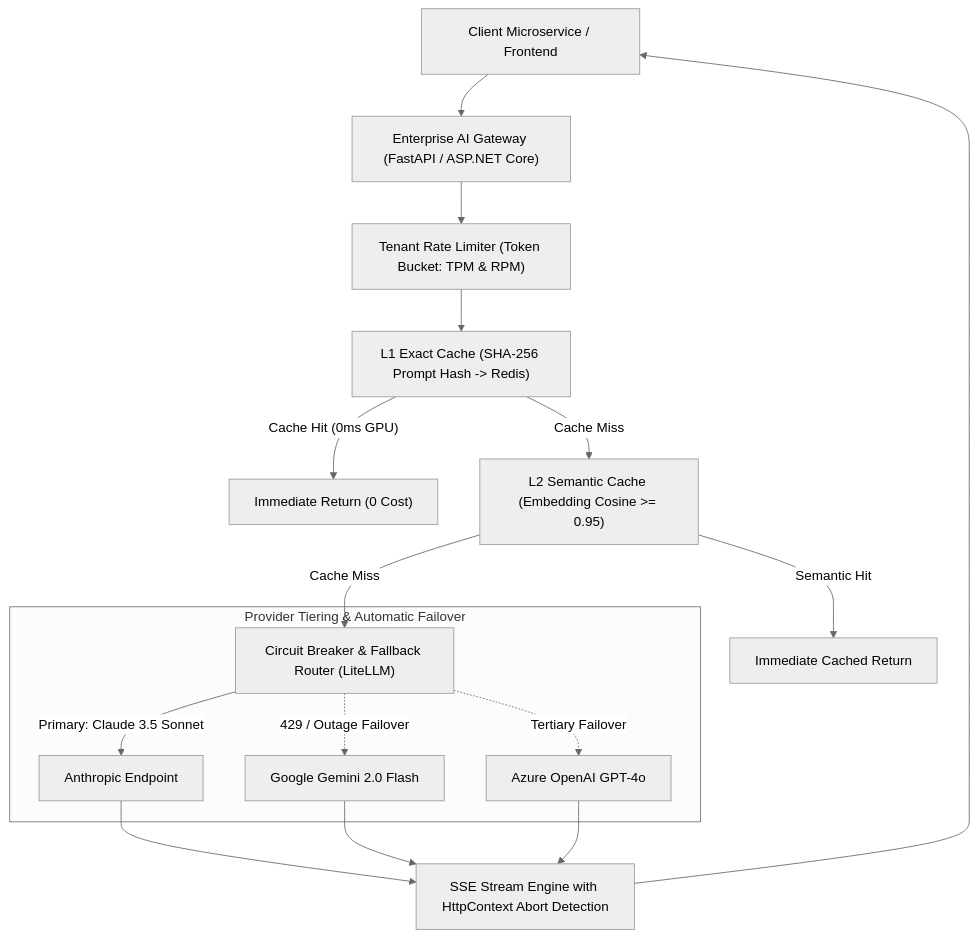
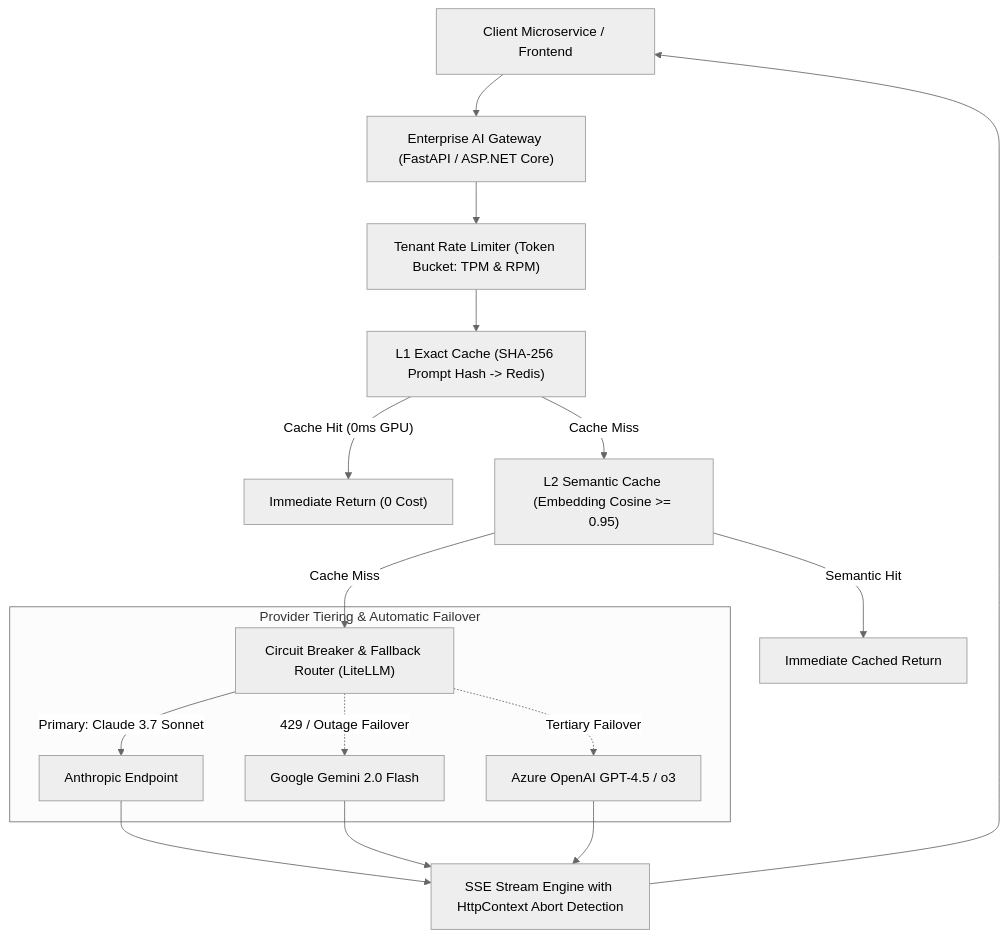
The third of 7 diagrams in interview/80-20-ai-interview-prep-sheet.md (dip4k/senior-engineer-to-ai-engineer-roadmap), drawn with Mermaid (neutral theme) before and after one commit. The commit also changed other lines of this file and 39 other files, not shown here.

First line of the commit message:
Enhance use case documentation for Enterprise AI, including new architectural standards and resilience implementations

````diff
--- a/interview/80-20-ai-interview-prep-sheet.md
+++ b/interview/80-20-ai-interview-prep-sheet.md
@@ -116,22 +116,22 @@
 ```mermaid
 flowchart TD
     Client["Client Microservice / Frontend"] --> APIGW["Enterprise AI Gateway (FastAPI / ASP.NET Core)"]
     
     APIGW --> TenantLimiter["Tenant Rate Limiter (Token Bucket: TPM & RPM)"]
     TenantLimiter --> L1Exact["L1 Exact Cache (SHA-256 Prompt Hash -> Redis)"]
     
     L1Exact -->|"Cache Hit (0ms GPU)"| InstantReturn["Immediate Return (0 Cost)"]
     L1Exact -->|"Cache Miss"| L2Semantic["L2 Semantic Cache (Embedding Cosine >= 0.95)"]
     
     L2Semantic -->|"Semantic Hit"| SemanticReturn["Immediate Cached Return"]
     L2Semantic -->|"Cache Miss"| Router["Circuit Breaker & Fallback Router (LiteLLM)"]
     
     subgraph MultiProviderCluster["Provider Tiering & Automatic Failover"]
-        Router -->|"Primary: Claude 3.5 Sonnet"| AnthropicAPI["Anthropic Endpoint"]
+        Router -->|"Primary: Claude 3.7 Sonnet"| AnthropicAPI["Anthropic Endpoint"]
         Router -.->|"429 / Outage Failover"| GoogleAPI["Google Gemini 2.0 Flash"]
-        Router -.->|"Tertiary Failover"| AzureAPI["Azure OpenAI GPT-4o"]
+        Router -.->|"Tertiary Failover"| AzureAPI["Azure OpenAI GPT-4.5 / o3"]
     end
 
     AnthropicAPI & GoogleAPI & AzureAPI --> StreamProcessor["SSE Stream Engine with HttpContext Abort Detection"]
     StreamProcessor --> Client
 ```
````
